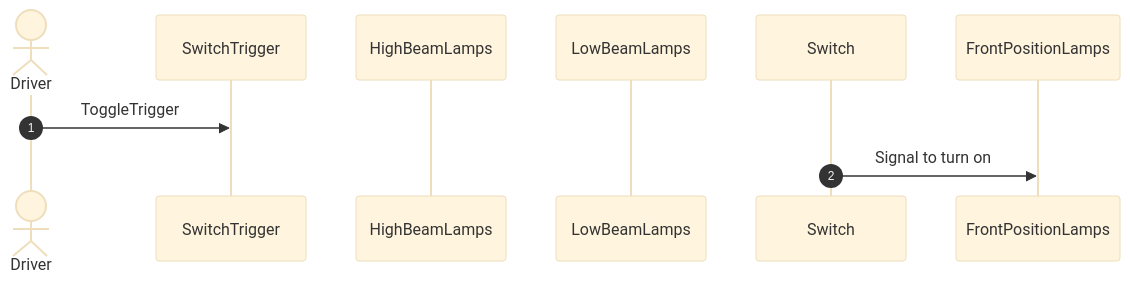
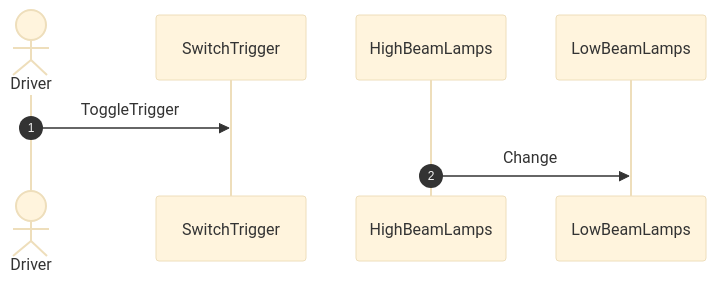
Before and after one commit to kishorekanala/VehicleSim: the second of 3 diagrams in VehicleSystemsReports/VehicleLightingSystem/VehicleLightingSystem.md, drawn with Mermaid (base theme).

Commit message:
Apr 8, 2023, 9:45 AM

````diff
--- a/VehicleSystemsReports/VehicleLightingSystem/VehicleLightingSystem.md
+++ b/VehicleSystemsReports/VehicleLightingSystem/VehicleLightingSystem.md
@@ -103,10 +103,10 @@
 ```mermaid
 sequenceDiagram
 autonumber
 actor Driver
 participant SwitchTrigger
 participant HighBeamLamps
 participant LowBeamLamps
 Driver->>SwitchTrigger: ToggleTrigger
-Switch->>FrontPositionLamps: Signal to turn on
+HighBeamLamps->>LowBeamLamps: Change
 ```
````
